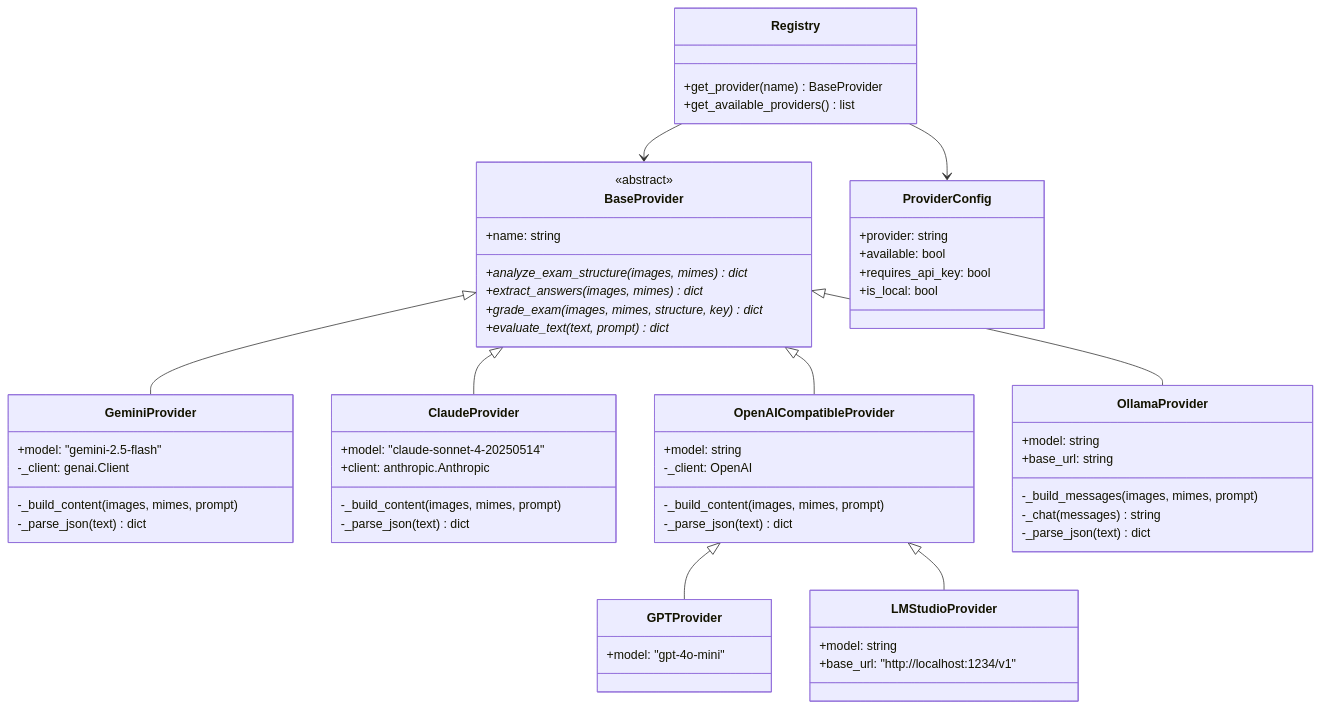
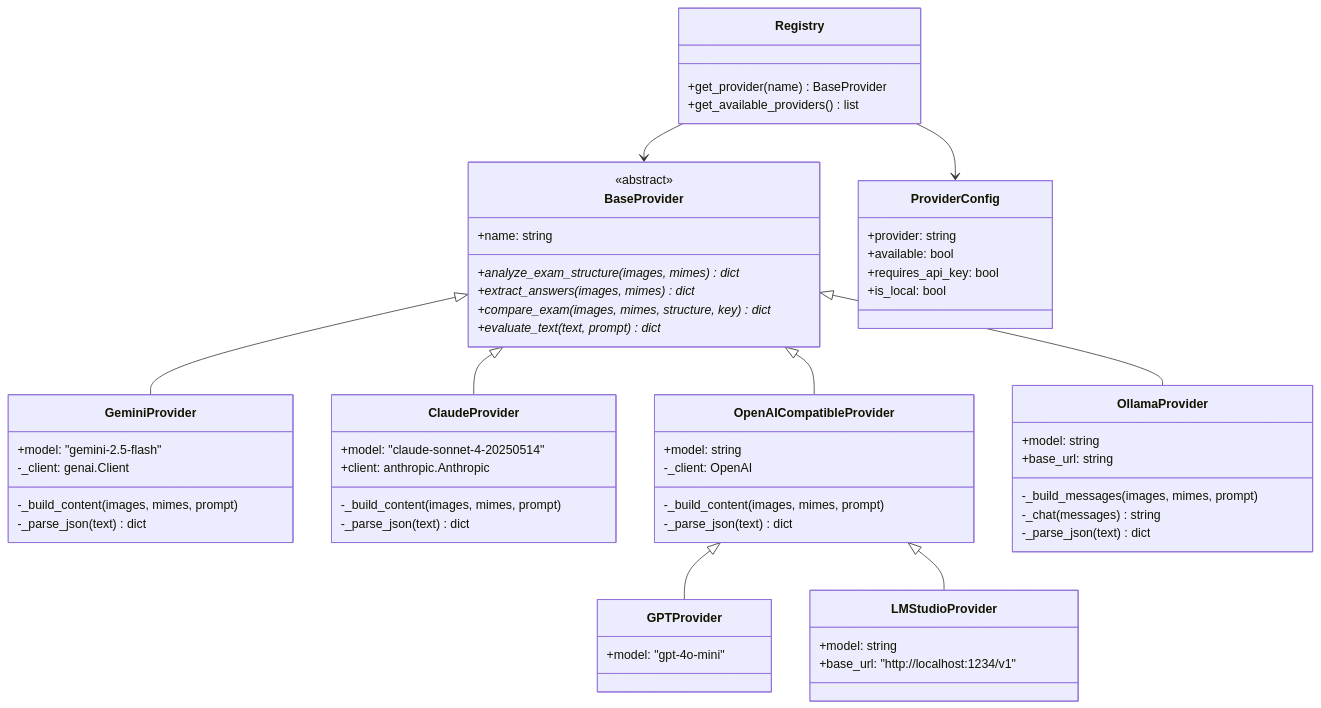
Before and after one commit to franciscosuca/exan: the sixth of 6 diagrams in docs/ARCHITECTURE.md, drawn with Mermaid. The commit also changed other lines of this file and 35 other files, not shown here.

````diff
--- a/docs/ARCHITECTURE.md
+++ b/docs/ARCHITECTURE.md
@@ -421,72 +413,72 @@
 ```mermaid
 classDiagram
     direction TB
 
     class BaseProvider {
         <<abstract>>
         +name: string
         +analyze_exam_structure(images, mimes)* dict
         +extract_answers(images, mimes)* dict
-        +grade_exam(images, mimes, structure, key)* dict
+        +compare_exam(images, mimes, structure, key)* dict
         +evaluate_text(text, prompt)* dict
     }
 
     class GeminiProvider {
         +model: "gemini-2.5-flash"
         -_client: genai.Client
         -_build_content(images, mimes, prompt)
         -_parse_json(text) dict
     }
 
     class ClaudeProvider {
         +model: "claude-sonnet-4-20250514"
         +client: anthropic.Anthropic
         -_build_content(images, mimes, prompt)
         -_parse_json(text) dict
     }
 
     class OpenAICompatibleProvider {
         +model: string
         -_client: OpenAI
         -_build_content(images, mimes, prompt)
         -_parse_json(text) dict
     }
 
     class GPTProvider {
         +model: "gpt-4o-mini"
     }
 
     class LMStudioProvider {
         +model: string
         +base_url: "http://localhost:1234/v1"
     }
 
     class OllamaProvider {
         +model: string
         +base_url: string
         -_build_messages(images, mimes, prompt)
         -_chat(messages) string
         -_parse_json(text) dict
     }
 
     class Registry {
         +get_provider(name) BaseProvider
         +get_available_providers() list
     }
 
     class ProviderConfig {
         +provider: string
         +available: bool
         +requires_api_key: bool
         +is_local: bool
     }
 
     BaseProvider <|-- GeminiProvider
     BaseProvider <|-- ClaudeProvider
     BaseProvider <|-- OpenAICompatibleProvider
     OpenAICompatibleProvider <|-- GPTProvider
     OpenAICompatibleProvider <|-- LMStudioProvider
     BaseProvider <|-- OllamaProvider
     Registry --> BaseProvider
     Registry --> ProviderConfig
 ```
````
